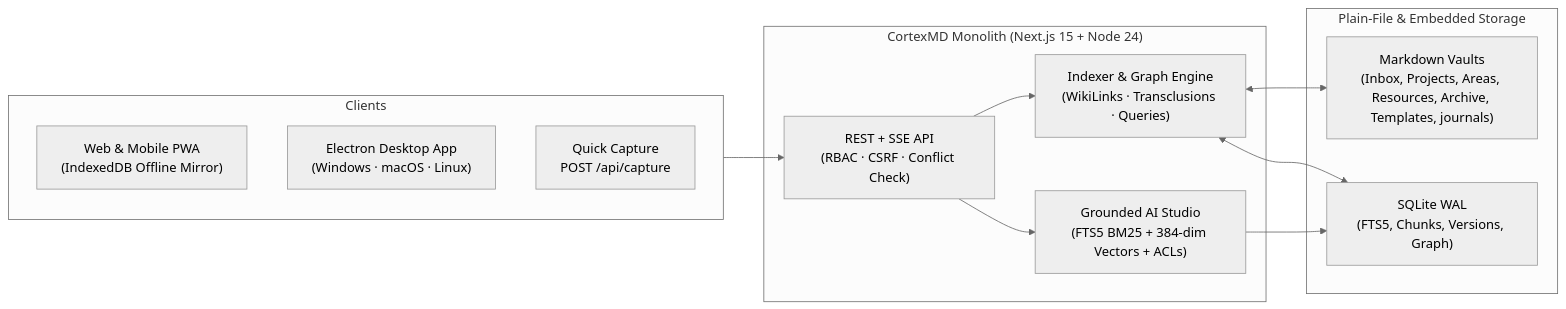
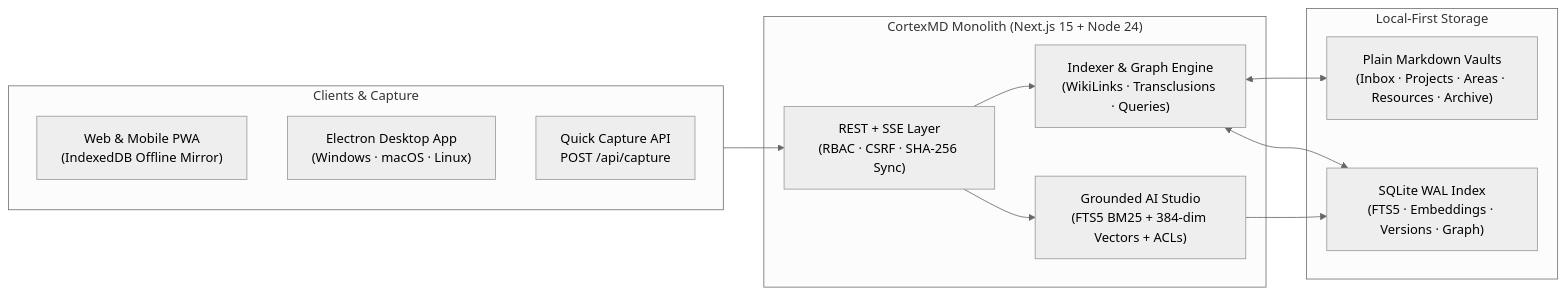
The diagram in README.md (LukaG712/CortexMD), drawn with Mermaid (neutral theme) before and after one commit. The commit also changed other lines of this file and 1 other file, not shown here.

````diff
--- a/README.md
+++ b/README.md
@@ -43,26 +96,26 @@
 ```mermaid
 flowchart LR
-    subgraph Clients["Clients"]
+    subgraph Clients["Clients & Capture"]
         Web["Web & Mobile PWA\n(IndexedDB Offline Mirror)"]
         Desktop["Electron Desktop App\n(Windows · macOS · Linux)"]
-        Webhook["Quick Capture\nPOST /api/capture"]
+        Webhook["Quick Capture API\nPOST /api/capture"]
     end
 
     subgraph Core["CortexMD Monolith (Next.js 15 + Node 24)"]
-        API["REST + SSE API\n(RBAC · CSRF · Conflict Check)"]
+        API["REST + SSE Layer\n(RBAC · CSRF · SHA-256 Sync)"]
         Index["Indexer & Graph Engine\n(WikiLinks · Transclusions · Queries)"]
         AI["Grounded AI Studio\n(FTS5 BM25 + 384-dim Vectors + ACLs)"]
     end
 
-    subgraph Storage["Plain-File & Embedded Storage"]
-        Vaults["Markdown Vaults\n(Inbox, Projects, Areas, Resources, Archive, Templates, journals)"]
-        SQLite["SQLite WAL\n(FTS5, Chunks, Versions, Graph)"]
+    subgraph Storage["Local-First Storage"]
+        Vaults["Plain Markdown Vaults\n(Inbox · Projects · Areas · Resources · Archive)"]
+        SQLite["SQLite WAL Index\n(FTS5 · Embeddings · Versions · Graph)"]
     end
 
     Clients --> API
     API --> Index
     API --> AI
     Index <--> Vaults
     Index <--> SQLite
     AI --> SQLite
 ```
````
